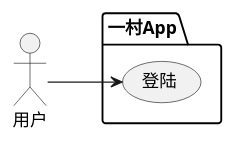
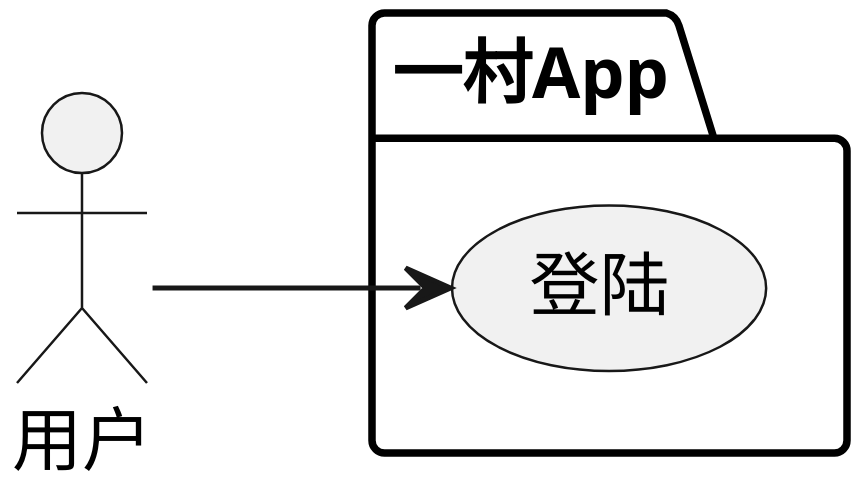
One commit to zhaoshg/javatest changed the diagram in plantuml/UseCase1.puml. Above: the diagram before and after it, drawn with PlantUML.

Commit message:
设置宽度

```diff
--- a/plantuml/UseCase1.puml
+++ b/plantuml/UseCase1.puml
@@ -1,42 +1,41 @@
 @startuml
 left to right direction
-
+scale 850 width
 actor 用户 as guest
-
 
 package 一村App {
   usecase "登陆" as login
-'  usecase "输入用户名密码" as loginpage
-'  note right of loginpage
-'   输入用户名密码不是一个完整的功能单元
-'   所以并不是算是一个完整的用例
-'  end note
+''  usecase "输入用户名密码" as loginpage
+''  note right of loginpage
+''   输入用户名密码不是一个完整的功能单元
+''   所以并不是算是一个完整的用例
+''  end note
 '  usecase "查看余额" as checkbalance
 '  usecase "提现" as takecash
 '  usecase "充值" as recharge
 '  usecase "验证密码" as checkpwd
 '  usecase "显示密码错误" as errorpwd
 '  usecase "验证资金" as uc5
 '  usecase "提示资金不足" as nomoney
-}
-
+'}
+'
 'package 第三方 {
 '  actor "银行" as bank
 '  actor "南洋银行" as nanyang
 '  actor "微信" as weixin
 '}
-
+'
+guest --> login
 'guest --> checkbalance
-guest --> login
 'guest --> takecash
 'guest --> recharge
-
+'
 'login .> checkpwd: include
 'login <.. errorpwd: extends
-'takecash --> bank
+'takecash <-- bank
 'takecash ..> uc5: include
 'takecash <.. nomoney: extends
 'recharge <--- bank
 'nanyang -up-|> bank
 'weixin -up-|> bank
 @enduml
```
